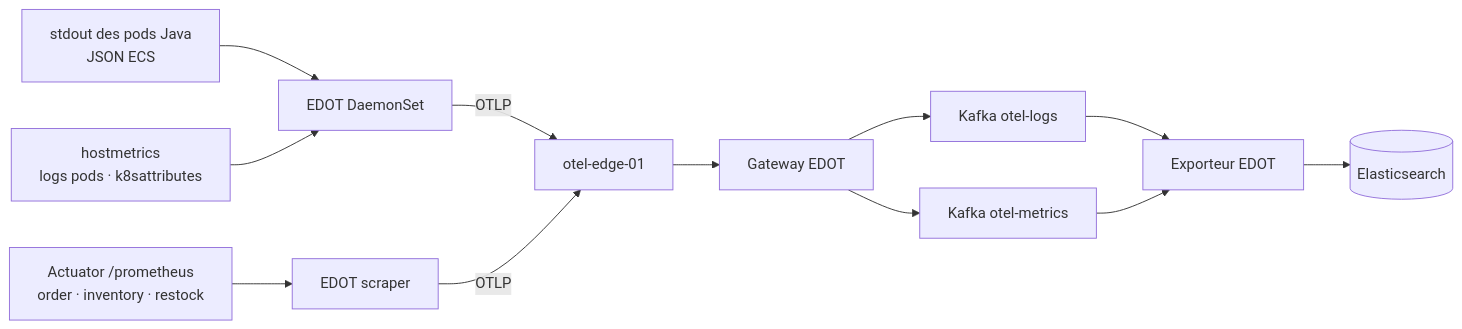
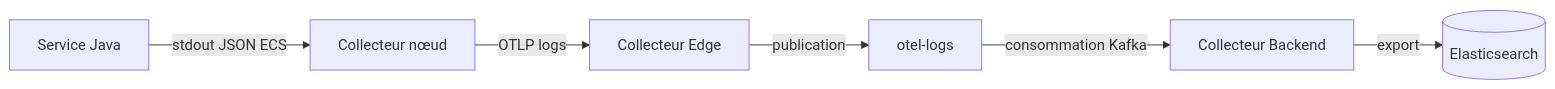
Before and after one commit to elkouhen/systemlens-observability-lab: the third of 9 diagrams in architecture/slides/slides.md, drawn with Mermaid. The commit also changed other lines of this file and 34 other files, not shown here.

````diff
--- a/architecture/slides/slides.md
+++ b/architecture/slides/slides.md
@@ -119,14 +196,8 @@
 ```mermaid
 flowchart LR
-  PODS[stdout des pods Java\nJSON ECS] --> D[EDOT DaemonSet]
-  HOST[hostmetrics\nlogs pods · k8sattributes] --> D
-  ACT[Actuator /prometheus\norder · inventory · restock] --> S[EDOT scraper]
-  D -->|OTLP| EDGE[otel-edge-01]
-  S -->|OTLP| EDGE
-  EDGE --> G[Gateway EDOT]
-  G --> L[Kafka otel-logs]
-  G --> M[Kafka otel-metrics]
-  L --> X[Exporteur EDOT]
-  M --> X
-  X --> ES[(Elasticsearch)]
+  J[Service Java] -->|stdout JSON ECS| D[Collecteur nœud]
+  D -->|OTLP logs| G[Collecteur Edge]
+  G -->|publication| K[otel-logs]
+  K -->|consommation Kafka| B[Collecteur Backend]
+  B -->|export| E[(Elasticsearch)]
 ```
````
